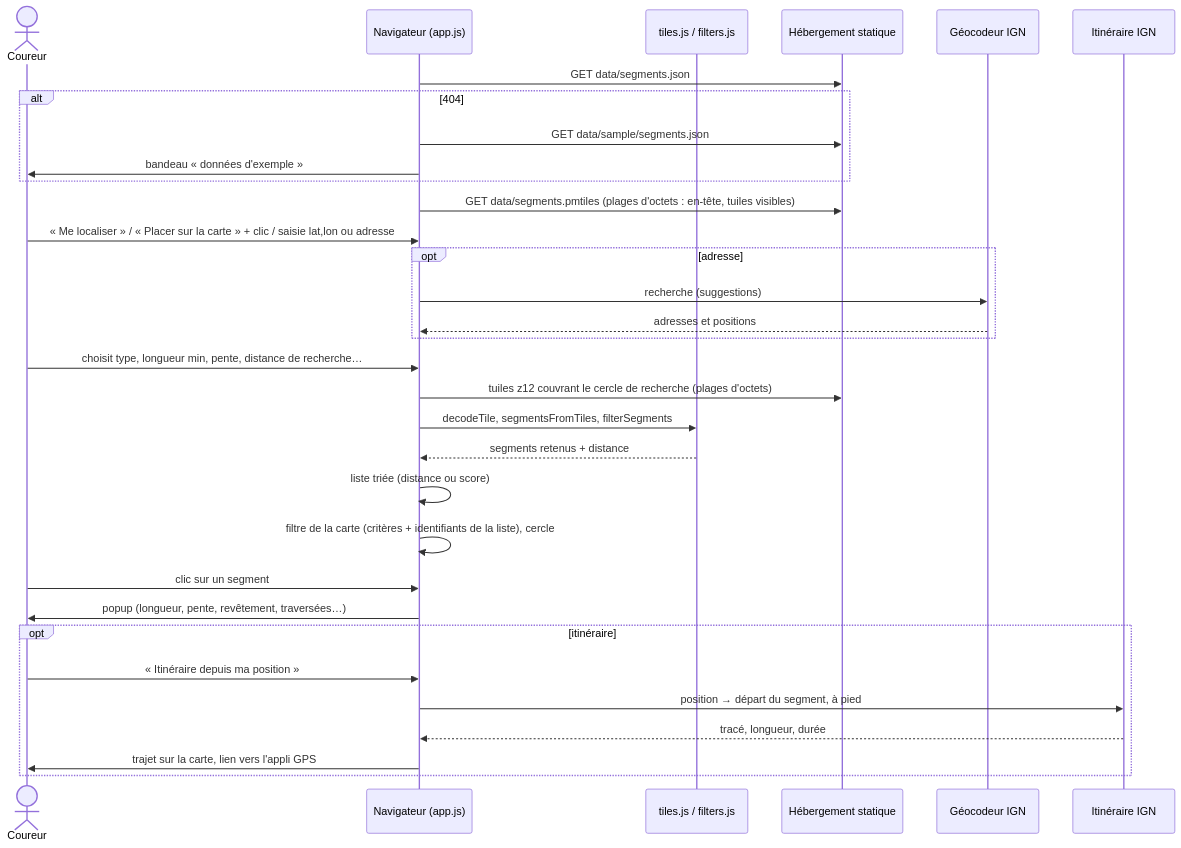
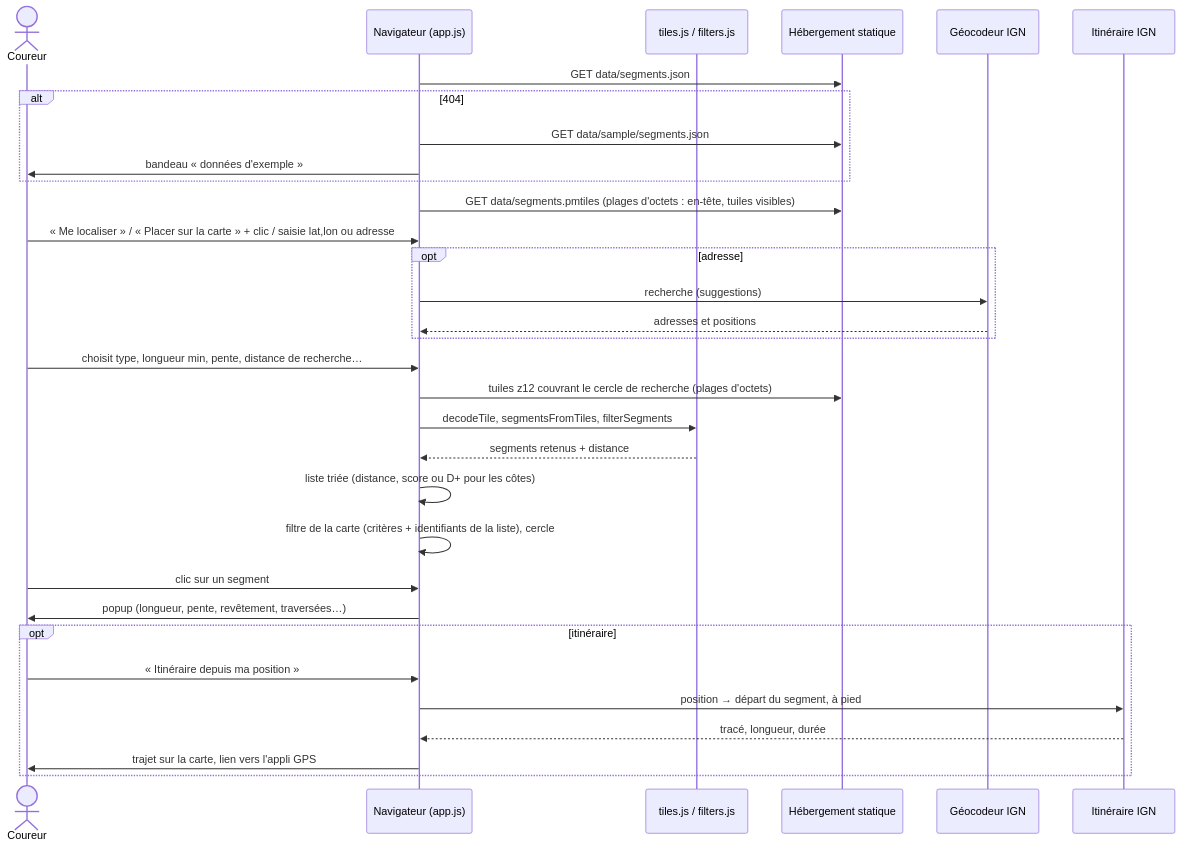
One commit to jsilobre/spot-fractionne changed the second of 4 diagrams in docs/architecture.md. Above: the diagram before and after it, drawn with Mermaid. The commit also changed 4 other files, not shown here.

````diff
--- a/docs/architecture.md
+++ b/docs/architecture.md
@@ -297,35 +297,35 @@
 ```mermaid
 sequenceDiagram
     actor U as Coureur
     participant B as Navigateur (app.js)
     participant T as tiles.js / filters.js
     participant S as Hébergement statique
     participant G as Géocodeur IGN
     participant I as Itinéraire IGN
 
     B->>S: GET data/segments.json
     alt 404
         B->>S: GET data/sample/segments.json
         B->>U: bandeau « données d'exemple »
     end
     B->>S: GET data/segments.pmtiles (plages d'octets : en-tête, tuiles visibles)
     U->>B: « Me localiser » / « Placer sur la carte » + clic / saisie lat,lon ou adresse
     opt adresse
         B->>G: recherche (suggestions)
         G-->>B: adresses et positions
     end
     U->>B: choisit type, longueur min, pente, distance de recherche…
     B->>S: tuiles z12 couvrant le cercle de recherche (plages d'octets)
     B->>T: decodeTile, segmentsFromTiles, filterSegments
     T-->>B: segments retenus + distance
-    B->>B: liste triée (distance ou score)
+    B->>B: liste triée (distance, score ou D+ pour les côtes)
     B->>B: filtre de la carte (critères + identifiants de la liste), cercle
     U->>B: clic sur un segment
     B->>U: popup (longueur, pente, revêtement, traversées…)
     opt itinéraire
         U->>B: « Itinéraire depuis ma position »
         B->>I: position → départ du segment, à pied
         I-->>B: tracé, longueur, durée
         B->>U: trajet sur la carte, lien vers l'appli GPS
     end
 ```
````
